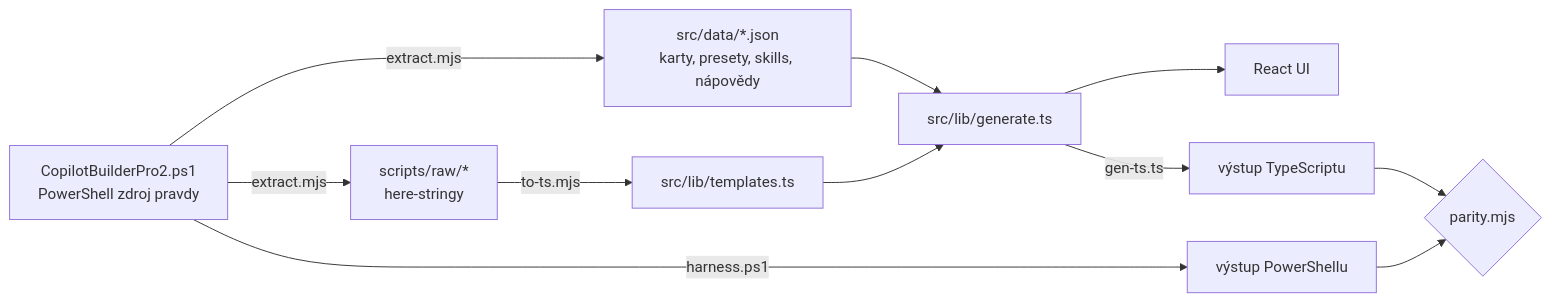
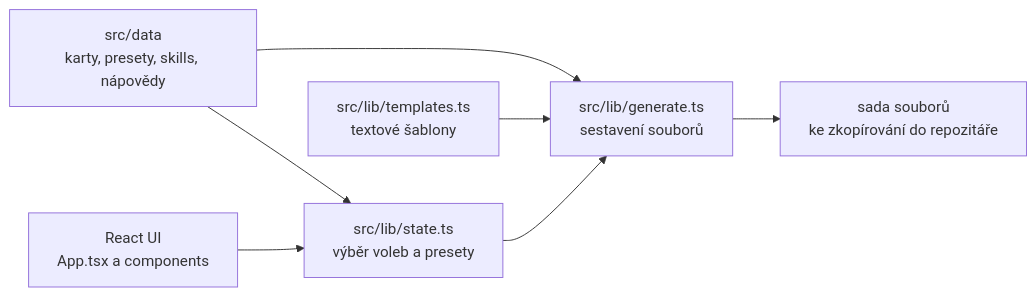
One commit to Crazyka51/Copilot-instructions-builder changed the diagram in README.md. Above: the diagram before and after it, drawn with Mermaid. The commit also changed other lines of this file and 35 other files, not shown here.

````diff
--- a/README.md
+++ b/README.md
@@ -106,13 +118,9 @@
 ```mermaid
 flowchart LR
-    PS["CopilotBuilderPro2.ps1<br/>PowerShell zdroj pravdy"] -->|extract.mjs| DATA["src/data/*.json<br/>karty, presety, skills, nápovědy"]
-    PS -->|extract.mjs| RAW["scripts/raw/*<br/>here-stringy"]
-    RAW -->|to-ts.mjs| TPL["src/lib/templates.ts"]
-    DATA --> GEN["src/lib/generate.ts"]
-    TPL --> GEN
-    GEN --> UI["React UI"]
-    PS -->|harness.ps1| PS_OUT["výstup PowerShellu"]
-    GEN -->|gen-ts.ts| TS_OUT["výstup TypeScriptu"]
-    PS_OUT --> CMP{"parity.mjs"}
-    TS_OUT --> CMP
+    DATA["src/data<br/>karty, presety, skills, nápovědy"] --> STATE["src/lib/state.ts<br/>výběr voleb a presety"]
+    DATA --> GEN["src/lib/generate.ts<br/>sestavení souborů"]
+    TPL["src/lib/templates.ts<br/>textové šablony"] --> GEN
+    STATE --> GEN
+    UI["React UI<br/>App.tsx a components"] --> STATE
+    GEN --> OUT["sada souborů<br/>ke zkopírování do repozitáře"]
 ```
````
